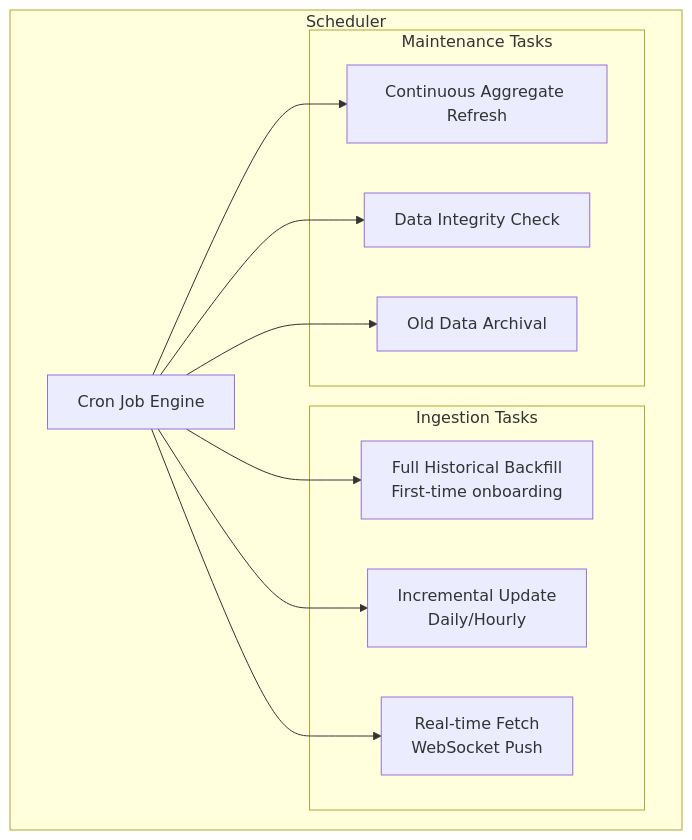
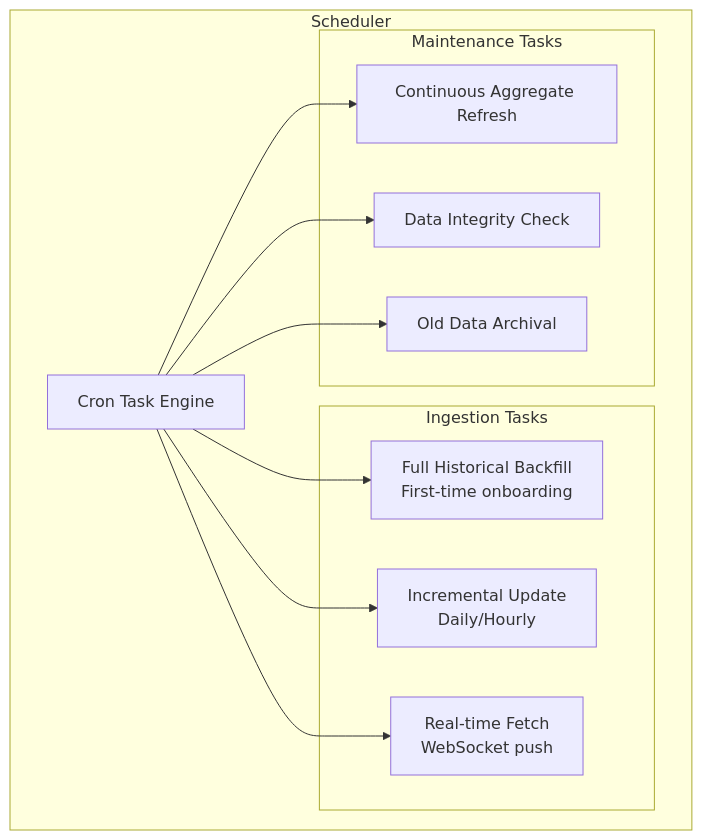
The ninth of 23 diagrams in DESIGN.md (RESBI/StockStatistic), drawn with Mermaid before and after one commit. The commit also changed other lines of this file, not shown here.

````diff
--- a/DESIGN.md
+++ b/DESIGN.md
@@ -483,20 +498,20 @@
 ```mermaid
 graph TB
     subgraph "Scheduler"
-        CRON["Cron Job Engine"]
+        CRON[Cron Task Engine]
         
         subgraph "Ingestion Tasks"
-            T1["Full Historical Backfill<br/>First-time onboarding"]
-            T2["Incremental Update<br/>Daily/Hourly"]
-            T3["Real-time Fetch<br/>WebSocket Push"]
+            T1[Full Historical Backfill<br/>First-time onboarding]
+            T2[Incremental Update<br/>Daily/Hourly]
+            T3[Real-time Fetch<br/>WebSocket push]
         end
         
         subgraph "Maintenance Tasks"
-            M1["Continuous Aggregate Refresh"]
-            M2["Data Integrity Check"]
-            M3["Old Data Archival"]
+            M1[Continuous Aggregate Refresh]
+            M2[Data Integrity Check]
+            M3[Old Data Archival]
         end
     end
     
     CRON --> T1 & T2 & T3 & M1 & M2 & M3
 ```
````
